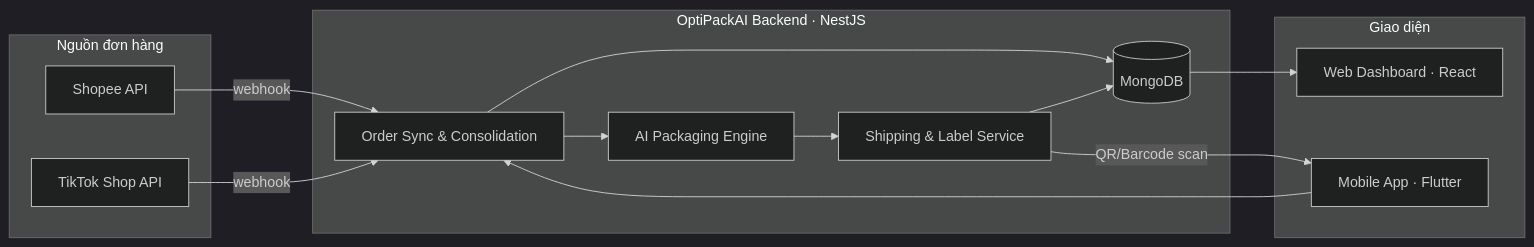
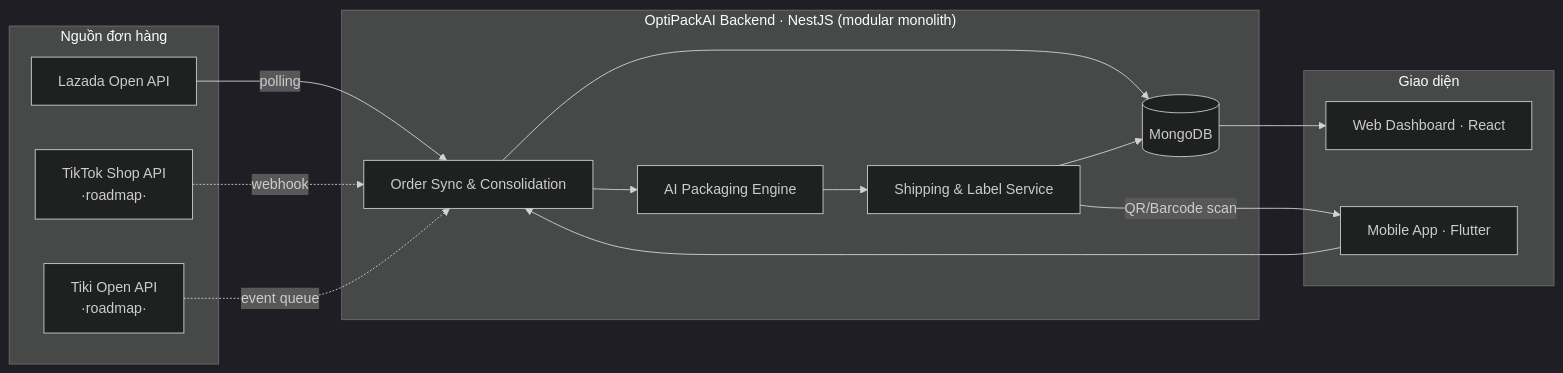
The diagram in README.md (ThuaanNguyeen111/OptiPackAI), drawn with Mermaid (dark theme) before and after one commit. The commit also changed other lines of this file and 4 other files, not shown here.

````diff
--- a/README.md
+++ b/README.md
@@ -136,29 +139,31 @@
 ```mermaid
 flowchart LR
     subgraph Sources["Nguồn đơn hàng"]
-        A[Shopee API]
-        B[TikTok Shop API]
+        A[Lazada Open API]
+        B[TikTok Shop API<br/>·roadmap·]
+        I[Tiki Open API<br/>·roadmap·]
     end
 
-    subgraph Core["OptiPackAI Backend · NestJS"]
+    subgraph Core["OptiPackAI Backend · NestJS (modular monolith)"]
         C[Order Sync & Consolidation]
         D[AI Packaging Engine]
         E[Shipping & Label Service]
         F[(MongoDB)]
     end
 
     subgraph Clients["Giao diện"]
         G[Web Dashboard · React]
         H[Mobile App · Flutter]
     end
 
-    A -- webhook --> C
-    B -- webhook --> C
+    A -- polling --> C
+    B -. webhook .-> C
+    I -. event queue .-> C
     C --> F
     C --> D
     D --> E
     E --> F
     F --> G
     E -- QR/Barcode scan --> H
     H --> C
 ```
````
